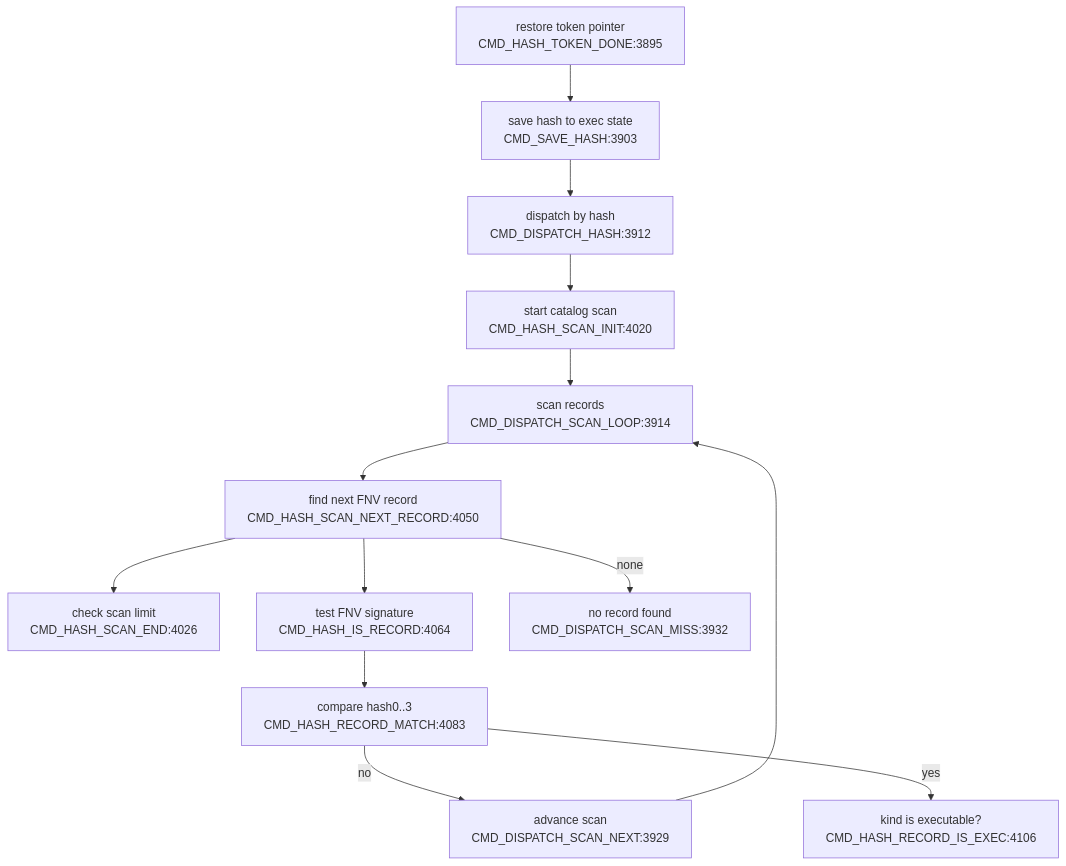
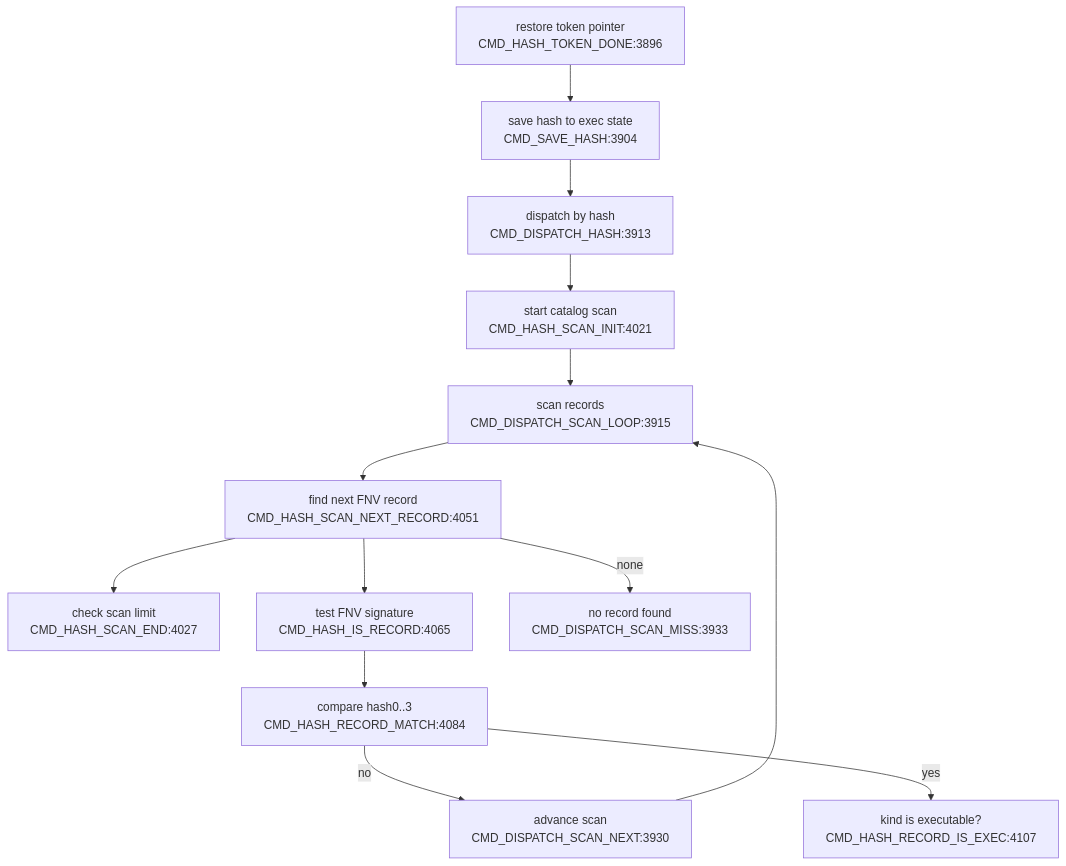
Before and after one commit to 95westus/R-YORS: the third of 4 diagrams in DOC/GENERATED/CMD_FLOW_MAP.md, drawn with Mermaid. The commit also changed other lines of this file and 58 other files, not shown here.

````diff
--- a/DOC/GENERATED/CMD_FLOW_MAP.md
+++ b/DOC/GENERATED/CMD_FLOW_MAP.md
@@ -40,15 +40,15 @@
 ```mermaid
 flowchart TD
-    DONE["restore token pointer<br/>CMD_HASH_TOKEN_DONE:3895"] --> SAVEHASH["save hash to exec state<br/>CMD_SAVE_HASH:3903"]
-    SAVEHASH --> DISPATCH["dispatch by hash<br/>CMD_DISPATCH_HASH:3912"]
-    DISPATCH --> SCANINIT["start catalog scan<br/>CMD_HASH_SCAN_INIT:4020"]
-    SCANINIT --> SCANLOOP["scan records<br/>CMD_DISPATCH_SCAN_LOOP:3914"]
-    SCANLOOP --> NEXTREC["find next FNV record<br/>CMD_HASH_SCAN_NEXT_RECORD:4050"]
-    NEXTREC --> ENDCHK["check scan limit<br/>CMD_HASH_SCAN_END:4026"]
-    NEXTREC --> ISREC["test FNV signature<br/>CMD_HASH_IS_RECORD:4064"]
-    NEXTREC -->|none| MISS["no record found<br/>CMD_DISPATCH_SCAN_MISS:3932"]
-    ISREC --> MATCH["compare hash0..3<br/>CMD_HASH_RECORD_MATCH:4083"]
-    MATCH -->|no| ADV["advance scan<br/>CMD_DISPATCH_SCAN_NEXT:3929"]
+    DONE["restore token pointer<br/>CMD_HASH_TOKEN_DONE:3896"] --> SAVEHASH["save hash to exec state<br/>CMD_SAVE_HASH:3904"]
+    SAVEHASH --> DISPATCH["dispatch by hash<br/>CMD_DISPATCH_HASH:3913"]
+    DISPATCH --> SCANINIT["start catalog scan<br/>CMD_HASH_SCAN_INIT:4021"]
+    SCANINIT --> SCANLOOP["scan records<br/>CMD_DISPATCH_SCAN_LOOP:3915"]
+    SCANLOOP --> NEXTREC["find next FNV record<br/>CMD_HASH_SCAN_NEXT_RECORD:4051"]
+    NEXTREC --> ENDCHK["check scan limit<br/>CMD_HASH_SCAN_END:4027"]
+    NEXTREC --> ISREC["test FNV signature<br/>CMD_HASH_IS_RECORD:4065"]
+    NEXTREC -->|none| MISS["no record found<br/>CMD_DISPATCH_SCAN_MISS:3933"]
+    ISREC --> MATCH["compare hash0..3<br/>CMD_HASH_RECORD_MATCH:4084"]
+    MATCH -->|no| ADV["advance scan<br/>CMD_DISPATCH_SCAN_NEXT:3930"]
     ADV --> SCANLOOP
-    MATCH -->|yes| EXECOK["kind is executable?<br/>CMD_HASH_RECORD_IS_EXEC:4106"]
+    MATCH -->|yes| EXECOK["kind is executable?<br/>CMD_HASH_RECORD_IS_EXEC:4107"]
 ```
````
